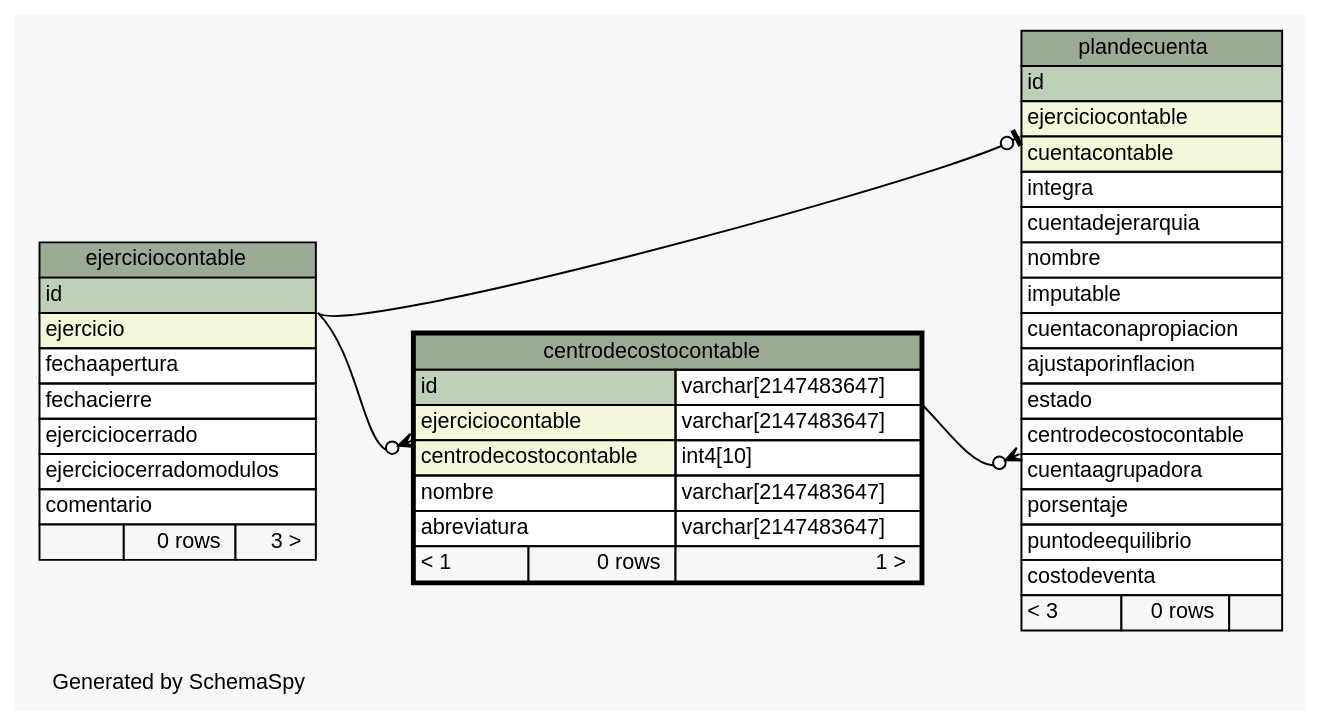
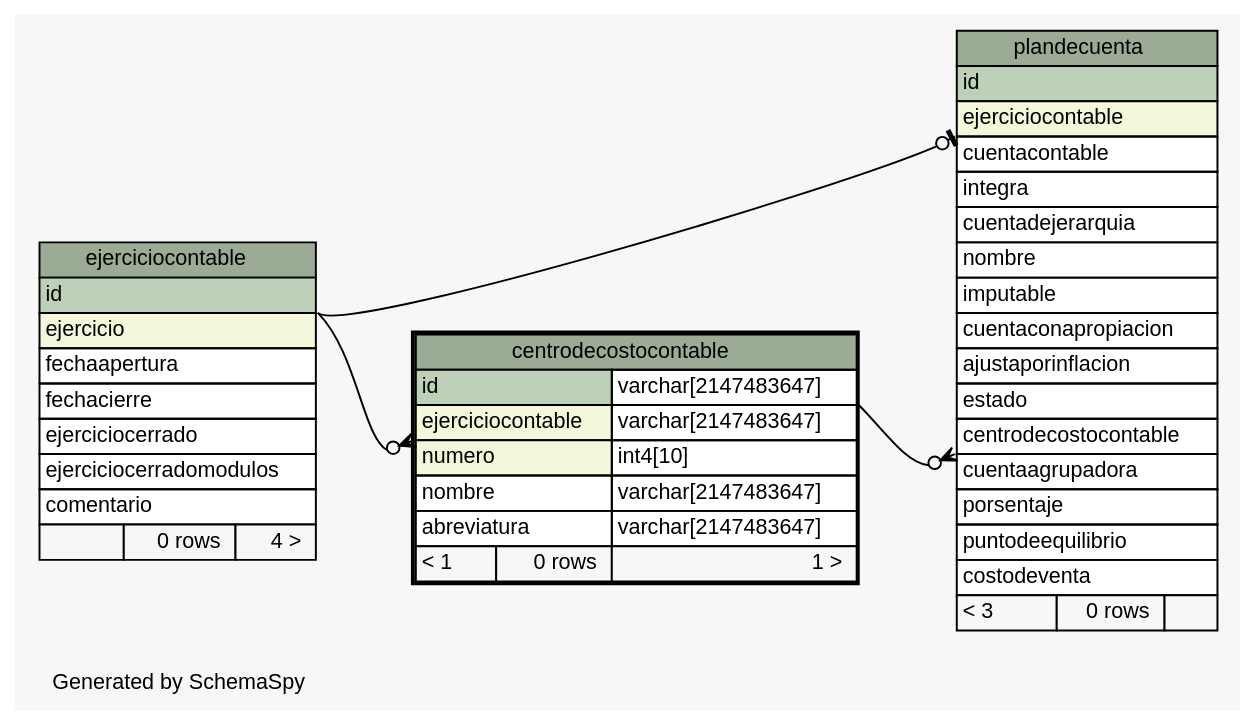
The diagram in sql/postgresql/schemaSpy/salida/diagrams/centrodecostocontable.1degree.dot (sebaalvarez/massoftware), drawn with Graphviz before and after one commit. The commit also changed 152 other files, not shown here.

```diff
--- a/sql/postgresql/schemaSpy/salida/diagrams/centrodecostocontable.1degree.dot
+++ b/sql/postgresql/schemaSpy/salida/diagrams/centrodecostocontable.1degree.dot
@@ -1,79 +1,79 @@
 // dot 2.2.1 on Windows 10 10.0
 // SchemaSpy rev 590
 digraph "oneDegreeRelationshipsDiagram" {
   graph [
     rankdir="RL"
     bgcolor="#f7f7f7"
     label="\nGenerated by SchemaSpy"
     labeljust="l"
     nodesep="0.18"
     ranksep="0.46"
     fontname="Helvetica"
     fontsize="11"
   ];
   node [
     fontname="Helvetica"
     fontsize="11"
     shape="plaintext"
   ];
   edge [
     arrowsize="0.8"
   ];
   "centrodecostocontable":"ejerciciocontable":sw -> "ejerciciocontable":"id":se [arrowhead=none dir=back arrowtail=crowodot];
   "plandecuenta":"centrodecostocontable":sw -> "centrodecostocontable":"id.type":se [arrowhead=none dir=back arrowtail=crowodot];
   "plandecuenta":"ejerciciocontable":sw -> "ejerciciocontable":"id":se [arrowhead=none dir=back arrowtail=teeodot];
   "centrodecostocontable" [
     label=<
     <TABLE BORDER="2" CELLBORDER="1" CELLSPACING="0" BGCOLOR="#ffffff">
       <TR><TD COLSPAN="3" BGCOLOR="#9bab96" ALIGN="CENTER">centrodecostocontable</TD></TR>
       <TR><TD PORT="id" COLSPAN="2" BGCOLOR="#bed1b8" ALIGN="LEFT">id</TD><TD PORT="id.type" ALIGN="LEFT">varchar[2147483647]</TD></TR>
       <TR><TD PORT="ejerciciocontable" COLSPAN="2" BGCOLOR="#f4f7da" ALIGN="LEFT">ejerciciocontable</TD><TD PORT="ejerciciocontable.type" ALIGN="LEFT">varchar[2147483647]</TD></TR>
-      <TR><TD PORT="centrodecostocontable" COLSPAN="2" BGCOLOR="#f4f7da" ALIGN="LEFT">centrodecostocontable</TD><TD PORT="centrodecostocontable.type" ALIGN="LEFT">int4[10]</TD></TR>
+      <TR><TD PORT="numero" COLSPAN="2" BGCOLOR="#f4f7da" ALIGN="LEFT">numero</TD><TD PORT="numero.type" ALIGN="LEFT">int4[10]</TD></TR>
       <TR><TD PORT="nombre" COLSPAN="2" ALIGN="LEFT">nombre</TD><TD PORT="nombre.type" ALIGN="LEFT">varchar[2147483647]</TD></TR>
       <TR><TD PORT="abreviatura" COLSPAN="2" ALIGN="LEFT">abreviatura</TD><TD PORT="abreviatura.type" ALIGN="LEFT">varchar[2147483647]</TD></TR>
       <TR><TD ALIGN="LEFT" BGCOLOR="#f7f7f7">&lt; 1</TD><TD ALIGN="RIGHT" BGCOLOR="#f7f7f7">0 rows</TD><TD ALIGN="RIGHT" BGCOLOR="#f7f7f7">1 &gt;</TD></TR>
     </TABLE>>
     URL="centrodecostocontable.html"
     tooltip="centrodecostocontable"
   ];
   "ejerciciocontable" [
     label=<
     <TABLE BORDER="0" CELLBORDER="1" CELLSPACING="0" BGCOLOR="#ffffff">
       <TR><TD COLSPAN="3" BGCOLOR="#9bab96" ALIGN="CENTER">ejerciciocontable</TD></TR>
       <TR><TD PORT="id" COLSPAN="3" BGCOLOR="#bed1b8" ALIGN="LEFT">id</TD></TR>
       <TR><TD PORT="ejercicio" COLSPAN="3" BGCOLOR="#f4f7da" ALIGN="LEFT">ejercicio</TD></TR>
       <TR><TD PORT="fechaapertura" COLSPAN="3" ALIGN="LEFT">fechaapertura</TD></TR>
       <TR><TD PORT="fechacierre" COLSPAN="3" ALIGN="LEFT">fechacierre</TD></TR>
       <TR><TD PORT="ejerciciocerrado" COLSPAN="3" ALIGN="LEFT">ejerciciocerrado</TD></TR>
       <TR><TD PORT="ejerciciocerradomodulos" COLSPAN="3" ALIGN="LEFT">ejerciciocerradomodulos</TD></TR>
       <TR><TD PORT="comentario" COLSPAN="3" ALIGN="LEFT">comentario</TD></TR>
-      <TR><TD ALIGN="LEFT" BGCOLOR="#f7f7f7">  </TD><TD ALIGN="RIGHT" BGCOLOR="#f7f7f7">0 rows</TD><TD ALIGN="RIGHT" BGCOLOR="#f7f7f7">3 &gt;</TD></TR>
+      <TR><TD ALIGN="LEFT" BGCOLOR="#f7f7f7">  </TD><TD ALIGN="RIGHT" BGCOLOR="#f7f7f7">0 rows</TD><TD ALIGN="RIGHT" BGCOLOR="#f7f7f7">4 &gt;</TD></TR>
     </TABLE>>
     URL="ejerciciocontable.html"
     tooltip="ejerciciocontable"
   ];
   "plandecuenta" [
     label=<
     <TABLE BORDER="0" CELLBORDER="1" CELLSPACING="0" BGCOLOR="#ffffff">
       <TR><TD COLSPAN="3" BGCOLOR="#9bab96" ALIGN="CENTER">plandecuenta</TD></TR>
       <TR><TD PORT="id" COLSPAN="3" BGCOLOR="#bed1b8" ALIGN="LEFT">id</TD></TR>
       <TR><TD PORT="ejerciciocontable" COLSPAN="3" BGCOLOR="#f4f7da" ALIGN="LEFT">ejerciciocontable</TD></TR>
-      <TR><TD PORT="cuentacontable" COLSPAN="3" BGCOLOR="#f4f7da" ALIGN="LEFT">cuentacontable</TD></TR>
+      <TR><TD PORT="cuentacontable" COLSPAN="3" ALIGN="LEFT">cuentacontable</TD></TR>
       <TR><TD PORT="integra" COLSPAN="3" ALIGN="LEFT">integra</TD></TR>
       <TR><TD PORT="cuentadejerarquia" COLSPAN="3" ALIGN="LEFT">cuentadejerarquia</TD></TR>
       <TR><TD PORT="nombre" COLSPAN="3" ALIGN="LEFT">nombre</TD></TR>
       <TR><TD PORT="imputable" COLSPAN="3" ALIGN="LEFT">imputable</TD></TR>
       <TR><TD PORT="cuentaconapropiacion" COLSPAN="3" ALIGN="LEFT">cuentaconapropiacion</TD></TR>
       <TR><TD PORT="ajustaporinflacion" COLSPAN="3" ALIGN="LEFT">ajustaporinflacion</TD></TR>
       <TR><TD PORT="estado" COLSPAN="3" ALIGN="LEFT">estado</TD></TR>
       <TR><TD PORT="centrodecostocontable" COLSPAN="3" ALIGN="LEFT">centrodecostocontable</TD></TR>
       <TR><TD PORT="cuentaagrupadora" COLSPAN="3" ALIGN="LEFT">cuentaagrupadora</TD></TR>
       <TR><TD PORT="porsentaje" COLSPAN="3" ALIGN="LEFT">porsentaje</TD></TR>
       <TR><TD PORT="puntodeequilibrio" COLSPAN="3" ALIGN="LEFT">puntodeequilibrio</TD></TR>
       <TR><TD PORT="costodeventa" COLSPAN="3" ALIGN="LEFT">costodeventa</TD></TR>
       <TR><TD ALIGN="LEFT" BGCOLOR="#f7f7f7">&lt; 3</TD><TD ALIGN="RIGHT" BGCOLOR="#f7f7f7">0 rows</TD><TD ALIGN="RIGHT" BGCOLOR="#f7f7f7">  </TD></TR>
     </TABLE>>
     URL="plandecuenta.html"
     tooltip="plandecuenta"
   ];
 }
```
